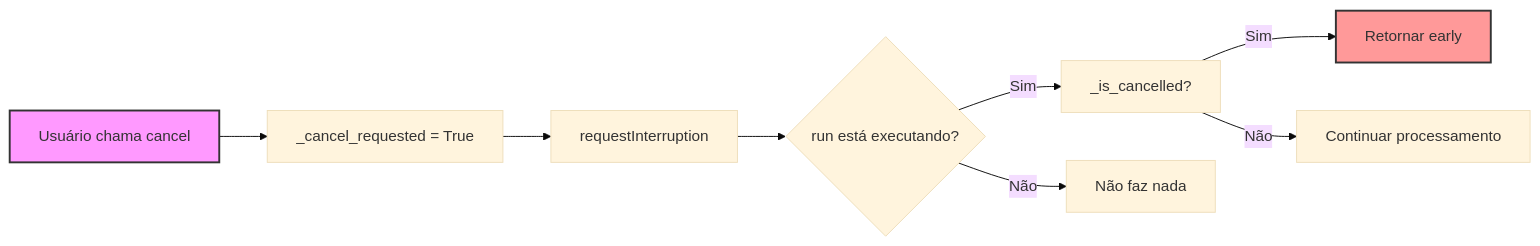
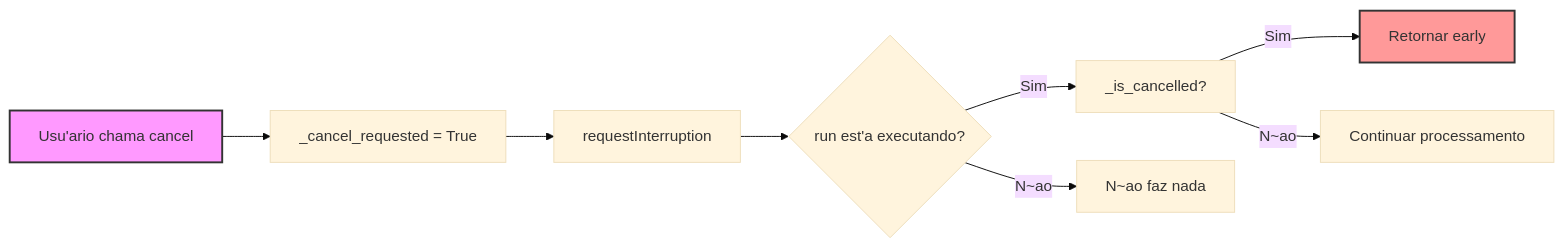
One commit to mauriciomenon/SSA_Consulta_Rapida changed the fourth of 11 diagrams in docs/WORKERS_ARCHITECTURE_DIAGRAMS.md. Above: the diagram before and after it, drawn with Mermaid (base theme). The commit also changed other lines of this file and 20 other files, not shown here.

````diff
--- a/docs/WORKERS_ARCHITECTURE_DIAGRAMS.md
+++ b/docs/WORKERS_ARCHITECTURE_DIAGRAMS.md
@@ -136,13 +136,13 @@
 ```mermaid
 flowchart LR
-    A[Usuário chama cancel] --> B[_cancel_requested = True]
+    A[Usu'ario chama cancel] --> B[_cancel_requested = True]
     B --> C[requestInterruption]
-    C --> D{run está executando?}
+    C --> D{run est'a executando?}
     D -->|Sim| E[_is_cancelled?]
     E -->|Sim| F[Retornar early]
-    E -->|Não| G[Continuar processamento]
-    D -->|Não| H[Não faz nada]
+    E -->|N~ao| G[Continuar processamento]
+    D -->|N~ao| H[N~ao faz nada]
     
     style A fill:#f9f,stroke:#333,stroke-width:2px
     style F fill:#f99,stroke:#333,stroke-width:2px
 ```
````
